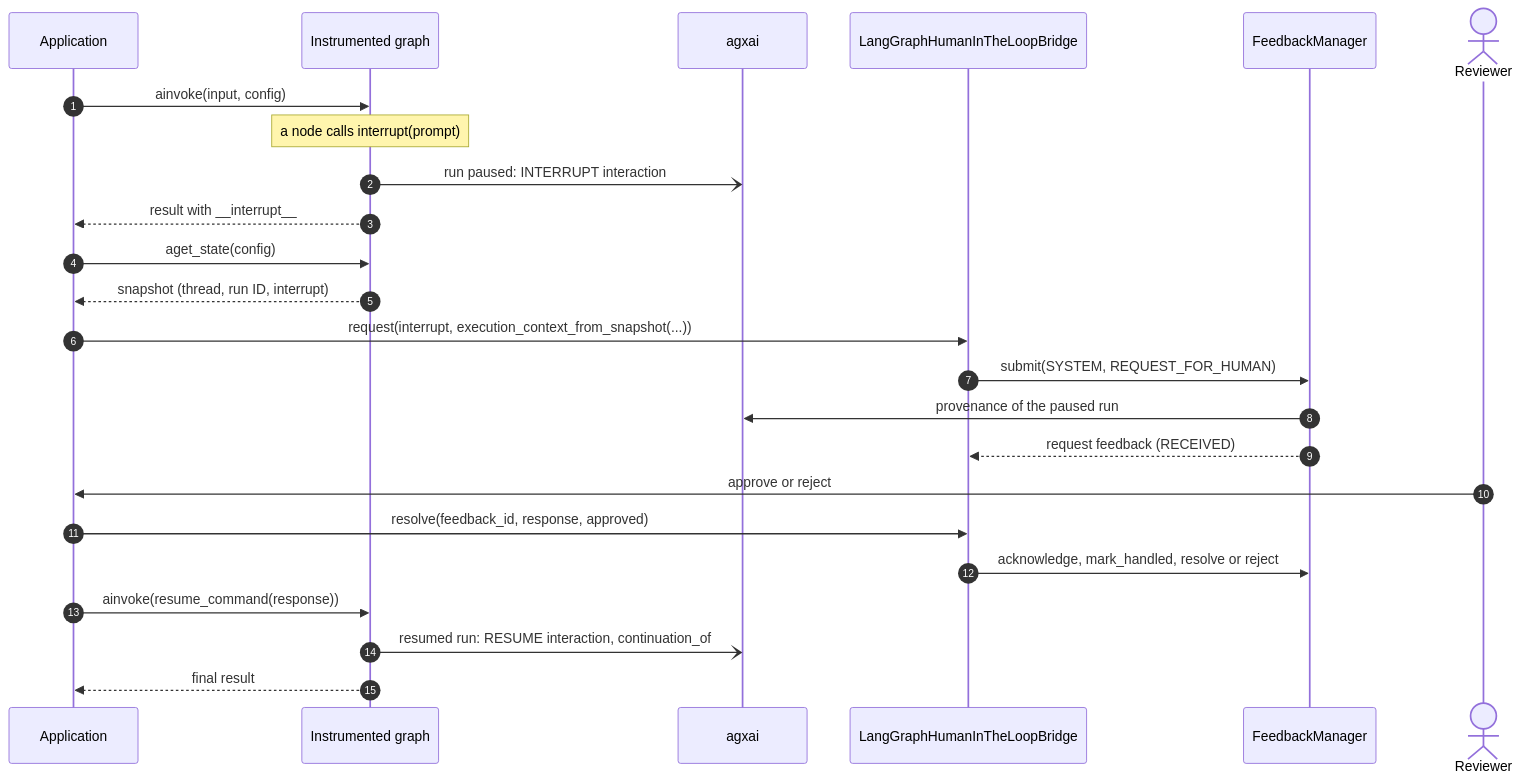
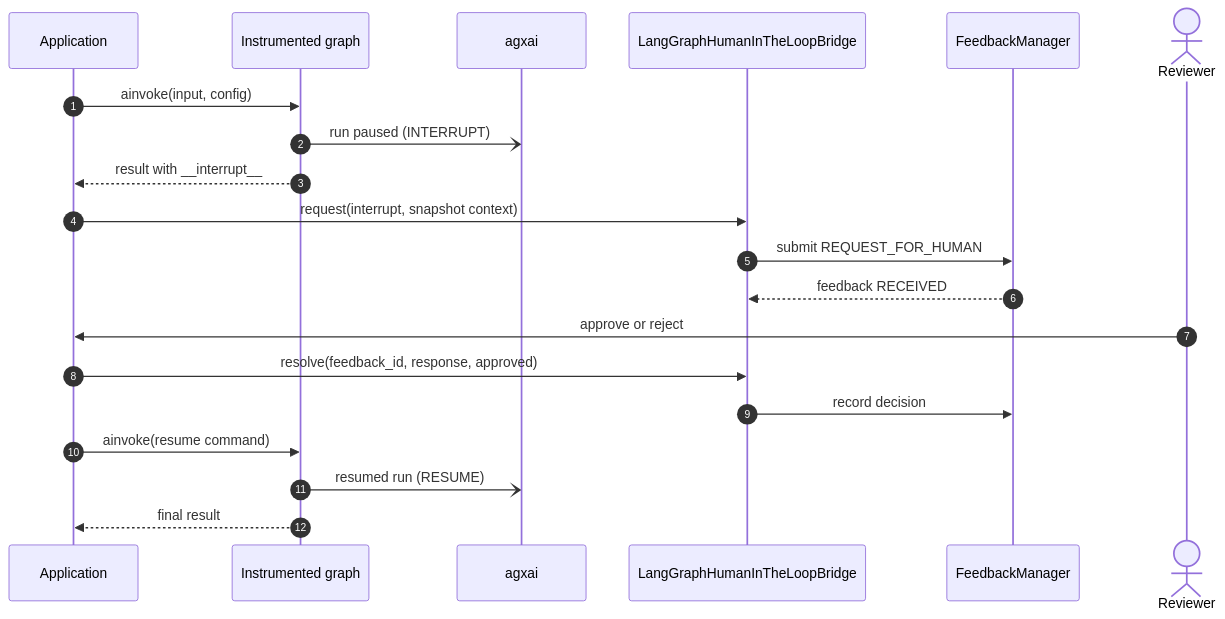
The diagram in diagrams/hitl-sequence.mmd (smuniharish/feedback-manager), drawn with Mermaid before and after one commit. The commit also changed 9 other files, not shown here.

First line of the commit message:
Rewrite HITL example on middleware, inline Postgres rules, simplify diagrams

```diff
--- a/diagrams/hitl-sequence.mmd
+++ b/diagrams/hitl-sequence.mmd
@@ -1,25 +1,21 @@
 sequenceDiagram
     autonumber
     participant App as Application
     participant G as Instrumented graph
     participant X as agxai
     participant B as LangGraphHumanInTheLoopBridge
     participant M as FeedbackManager
     actor Rev as Reviewer
 
     App->>G: ainvoke(input, config)
-    Note over G: a node calls interrupt(prompt)
-    G-)X: run paused: INTERRUPT interaction
+    G-)X: run paused (INTERRUPT)
     G-->>App: result with __interrupt__
-    App->>G: aget_state(config)
-    G-->>App: snapshot (thread, run ID, interrupt)
-    App->>B: request(interrupt, execution_context_from_snapshot(...))
-    B->>M: submit(SYSTEM, REQUEST_FOR_HUMAN)
-    M->>X: provenance of the paused run
-    M-->>B: request feedback (RECEIVED)
+    App->>B: request(interrupt, snapshot context)
+    B->>M: submit REQUEST_FOR_HUMAN
+    M-->>B: feedback RECEIVED
     Rev->>App: approve or reject
     App->>B: resolve(feedback_id, response, approved)
-    B->>M: acknowledge, mark_handled, resolve or reject
-    App->>G: ainvoke(resume_command(response))
-    G-)X: resumed run: RESUME interaction, continuation_of
+    B->>M: record decision
+    App->>G: ainvoke(resume command)
+    G-)X: resumed run (RESUME)
     G-->>App: final result
```
